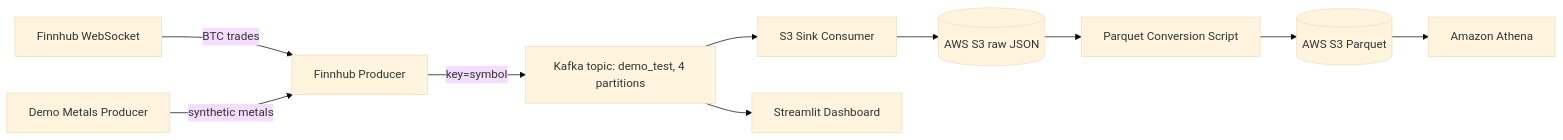
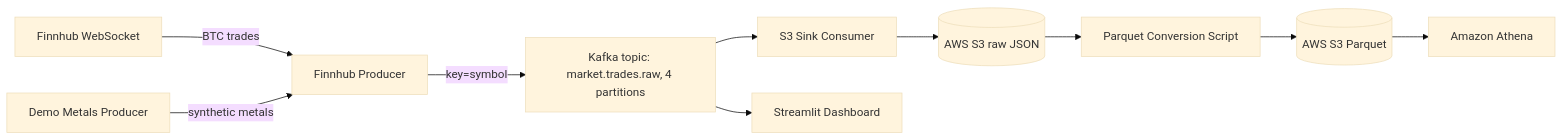
The diagram in README.md (DenitsaNes/Kafka-stock-market), drawn with Mermaid (base theme) before and after one commit. The commit also changed other lines of this file and 5 other files, not shown here.

````diff
--- a/README.md
+++ b/README.md
@@ -13,12 +11,12 @@
 ```mermaid
 graph LR
     A[Finnhub WebSocket] -->|BTC trades| B[Finnhub Producer]
     C[Demo Metals Producer] -->|synthetic metals| B
-    B -->|key=symbol| D[Kafka topic: demo_test, 4 partitions]
+    B -->|key=symbol| D[Kafka topic: market.trades.raw, 4 partitions]
     D --> E[S3 Sink Consumer]
     E --> F[(AWS S3 raw JSON)]
     F --> G[Parquet Conversion Script]
     G --> H[(AWS S3 Parquet)]
     H --> I[Amazon Athena]
     D --> J[Streamlit Dashboard]
 ```
````
